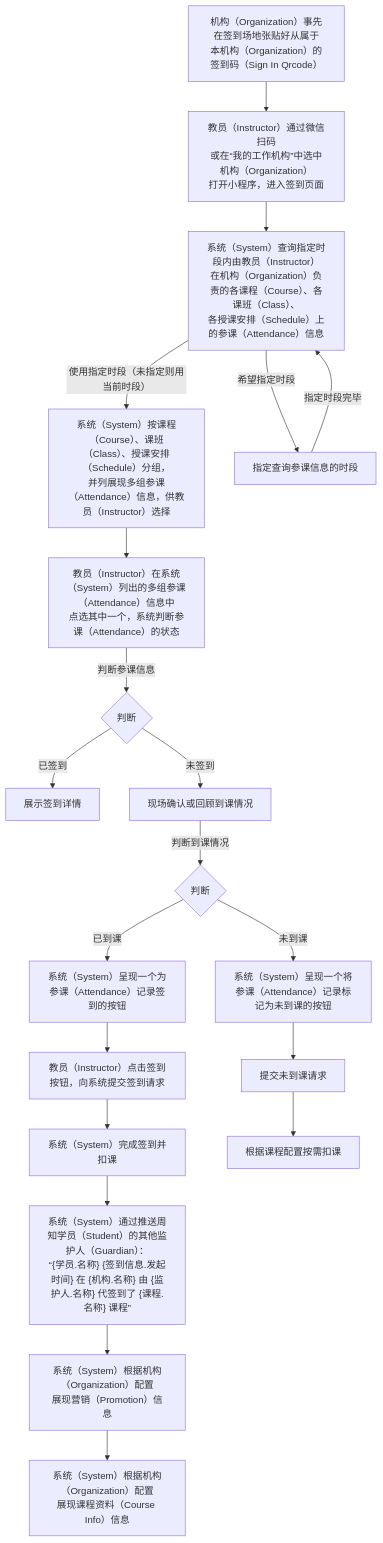
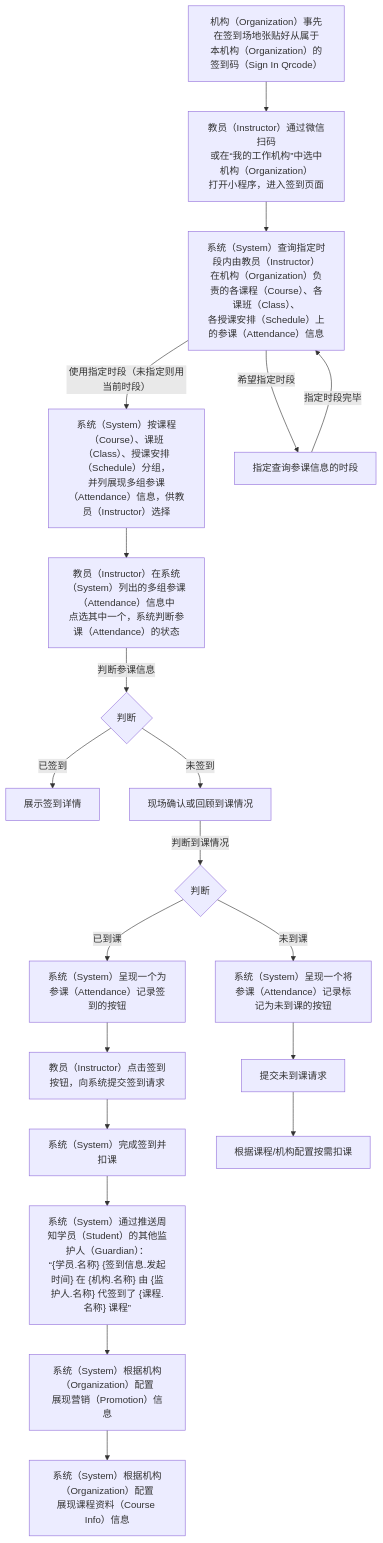
Before and after one commit to world-wide-web/sign: the third of 3 diagrams in 用例/签到.md, drawn with Mermaid. The commit also changed other lines of this file, not shown here.

````diff
--- a/用例/签到.md
+++ b/用例/签到.md
@@ -82,53 +82,53 @@
 ```mermaid
 graph TD
 
 准备签到码-->扫描签到码
 扫描签到码-->列出负责的授课单元
 列出负责的授课单元--"使用指定时段（未指定则用当前时段）"-->展现授课单元下的参课信息
 列出负责的授课单元--希望指定时段-->指定查询参课信息的时段
 指定查询参课信息的时段--指定时段完毕-->列出负责的授课单元
 展现授课单元下的参课信息-->选择参课信息
 选择参课信息--判断参课信息-->判断参课信息
 判断参课信息--已签到-->展示签到详情
 判断参课信息--未签到-->现场确认或回顾到课情况
 现场确认或回顾到课情况--判断到课情况-->判断到课情况
 判断到课情况--已到课-->呈现签到按钮
 呈现签到按钮-->提交签到请求
 提交签到请求-->签到扣课
 签到扣课-->周知签到情况
 周知签到情况-->展示营销信息
 展示营销信息-->展示课程资料
 判断到课情况--未到课-->呈现未到课按钮
 呈现未到课按钮-->提交未到课请求
-提交未到课请求-->根据课程配置按需扣课
+提交未到课请求-->根据课程/机构配置按需扣课
 
 准备签到码["<center>机构（Organization）事先在签到场地张贴好从属于<br>本机构（Organization）的签到码（Sign In Qrcode）</center>"]
 
 扫描签到码["<center>教员（Instructor）通过微信扫码<br>或在“我的工作机构”中选中机构（Organization）<br>打开小程序，进入签到页面</center>"]
 
 列出负责的授课单元["<center>系统（System）查询指定时段内由教员（Instructor）<br>在机构（Organization）负责的各课程（Course）、各课班（Class）、<br>各授课安排（Schedule）上的参课（Attendance）信息"]
 
 指定查询参课信息的时段
 
 展现授课单元下的参课信息["<center>系统（System）按课程（Course）、课班（Class）、授课安排（Schedule）分组，<br>并列展现多组参课（Attendance）信息，供教员（Instructor）选择</center>"]
 
 选择参课信息["<center>教员（Instructor）在系统（System）列出的多组参课（Attendance）信息中<br>点选其中一个，系统判断参课（Attendance）的状态</center>"]
 
 判断参课信息{"<center>判断</center>"}
 
 判断到课情况{"<center>判断</center>"}
 
 呈现签到按钮["<center>系统（System）呈现一个为参课（Attendance）记录签到的按钮</center>"]
 
 提交签到请求["<center>教员（Instructor）点击签到按钮，向系统提交签到请求</center>"]
 
 签到扣课["<center>系统（System）完成签到并扣课</center>"]
 
 周知签到情况["<center>系统（System）通过推送周知学员（Student）的其他监护人（Guardian）：<br>“{学员.名称} {签到信息.发起时间} 在 {机构.名称} 由 {监护人.名称} 代签到了 {课程.名称} 课程”</center>"]
 
 展示营销信息["<center>系统（System）根据机构（Organization）配置<br>展现营销（Promotion）信息</center>"]
 
 展示课程资料["<center>系统（System）根据机构（Organization）配置<br>展现课程资料（Course Info）信息</center>"]
 
 呈现未到课按钮["<center>系统（System）呈现一个将参课（Attendance）记录标记为未到课的按钮</center>"]
 ```
````
